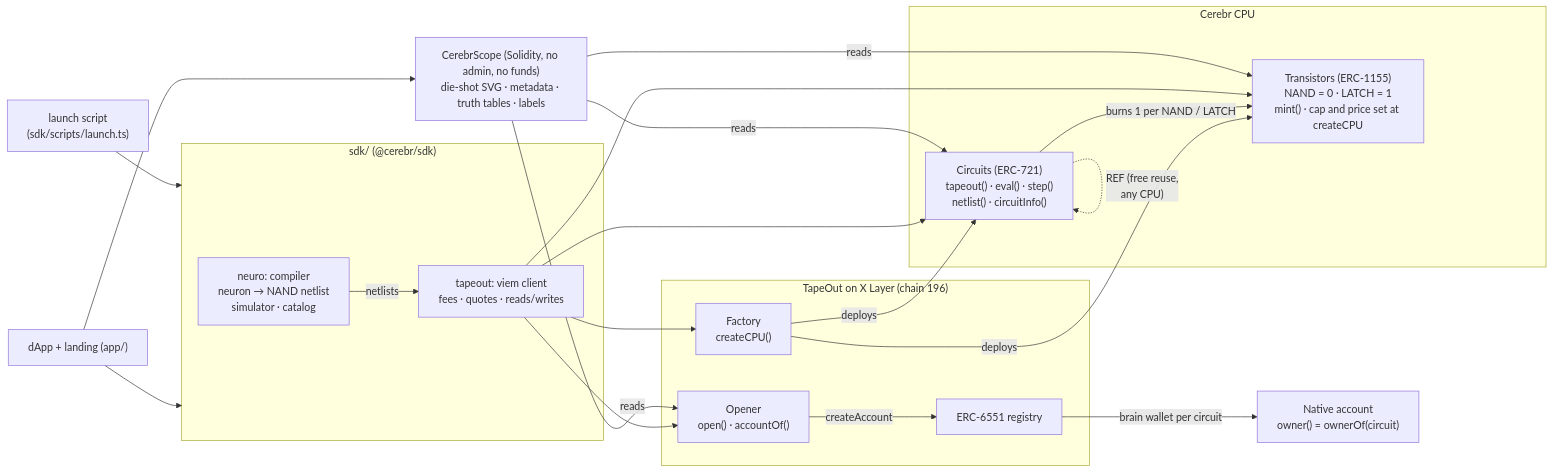
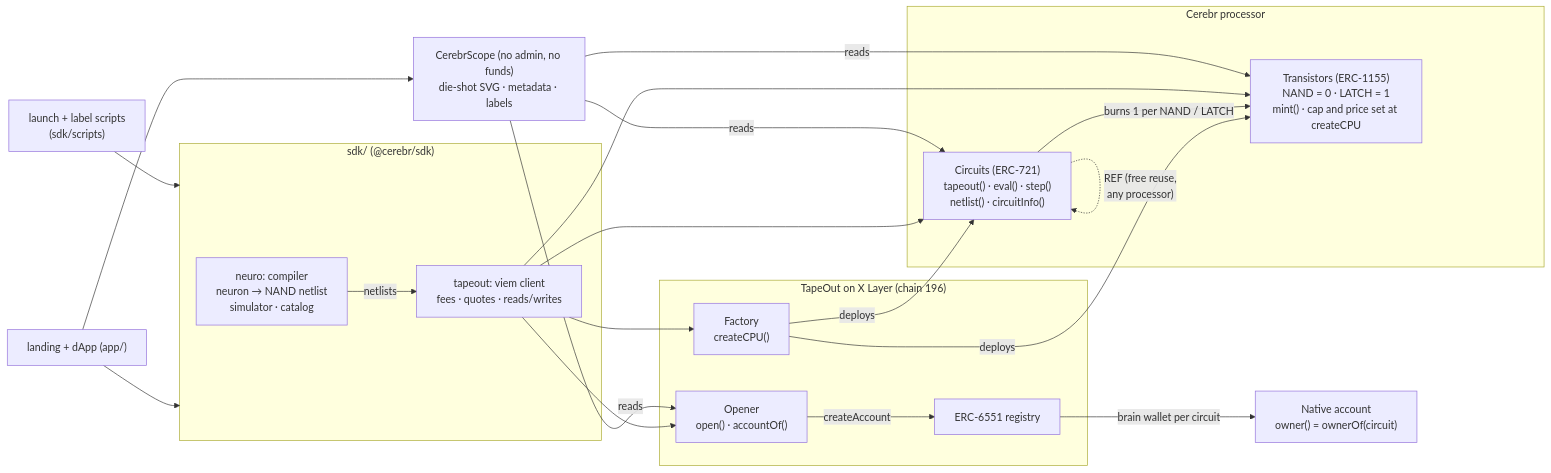
One commit to NetLayerLabs/Cerebr changed the second of 2 diagrams in README.md. Above: the diagram before and after it, drawn with Mermaid. The commit also changed other lines of this file, not shown here.

````diff
--- a/README.md
+++ b/README.md
@@ -39,28 +185,28 @@
 ```mermaid
 flowchart LR
     subgraph TO ["TapeOut on X Layer (chain 196)"]
       F["Factory<br/>createCPU()"]
       OP["Opener<br/>open() · accountOf()"]
       REG["ERC-6551 registry"]
     end
-    subgraph CPU ["Cerebr CPU"]
+    subgraph CPU ["Cerebr processor"]
       T["Transistors (ERC-1155)<br/>NAND = 0 · LATCH = 1<br/>mint() · cap and price set at createCPU"]
       C["Circuits (ERC-721)<br/>tapeout() · eval() · step()<br/>netlist() · circuitInfo()"]
     end
     F -- "deploys" --> T & C
     C -- "burns 1 per NAND / LATCH" --> T
-    C -. "REF (free reuse,<br/>any CPU)" .-> C
+    C -. "REF (free reuse,<br/>any processor)" .-> C
     OP -- "createAccount" --> REG
     REG -- "brain wallet per circuit" --> ACC["Native account<br/>owner() = ownerOf(circuit)"]
 
     subgraph SDK ["sdk/ (@cerebr/sdk)"]
       N["neuro: compiler<br/>neuron → NAND netlist<br/>simulator · catalog"]
       TC["tapeout: viem client<br/>fees · quotes · reads/writes"]
     end
     N -- "netlists" --> TC
     TC --> F & T & C & OP
-    S["CerebrScope (Solidity, no admin, no funds)<br/>die-shot SVG · metadata · truth tables · labels"] -- "reads" --> C & T & OP
-    APP["dApp + landing (app/)"] --> SDK
+    S["CerebrScope (no admin, no funds)<br/>die-shot SVG · metadata · labels"] -- "reads" --> C & T & OP
+    APP["landing + dApp (app/)"] --> SDK
     APP --> S
-    L["launch script<br/>(sdk/scripts/launch.ts)"] --> SDK
+    L["launch + label scripts<br/>(sdk/scripts)"] --> SDK
 ```
````
